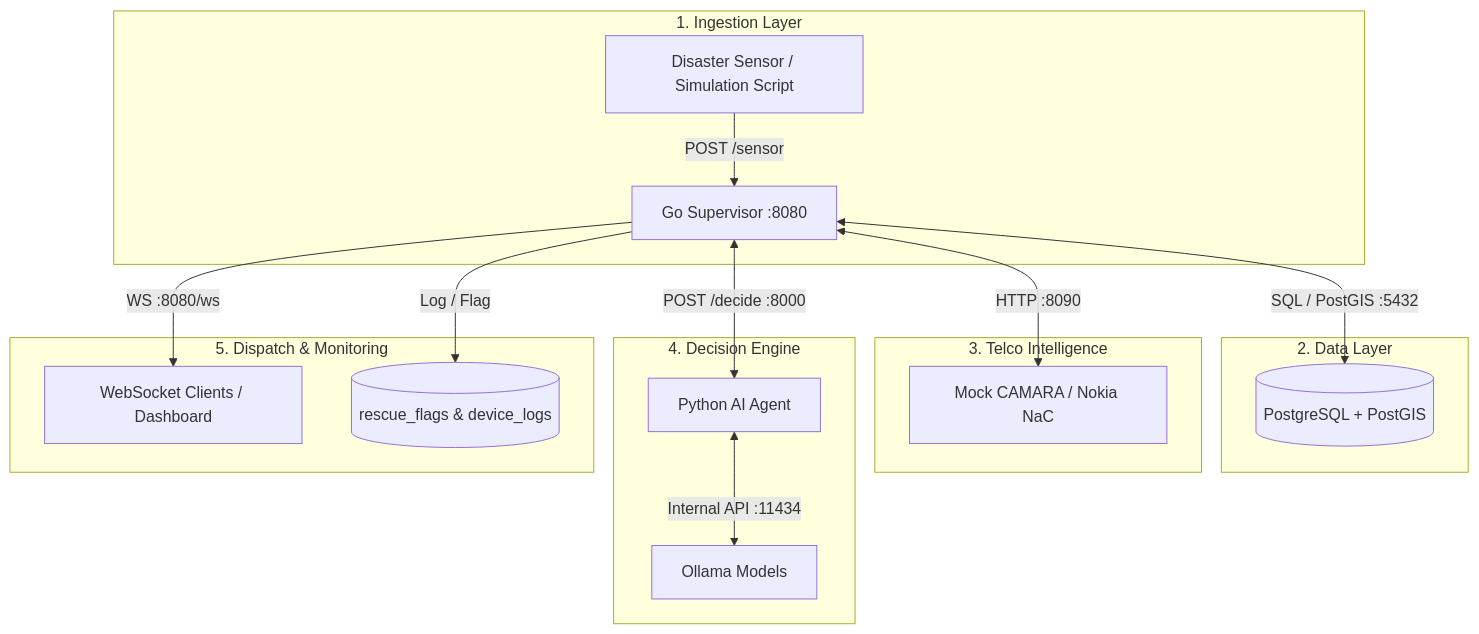
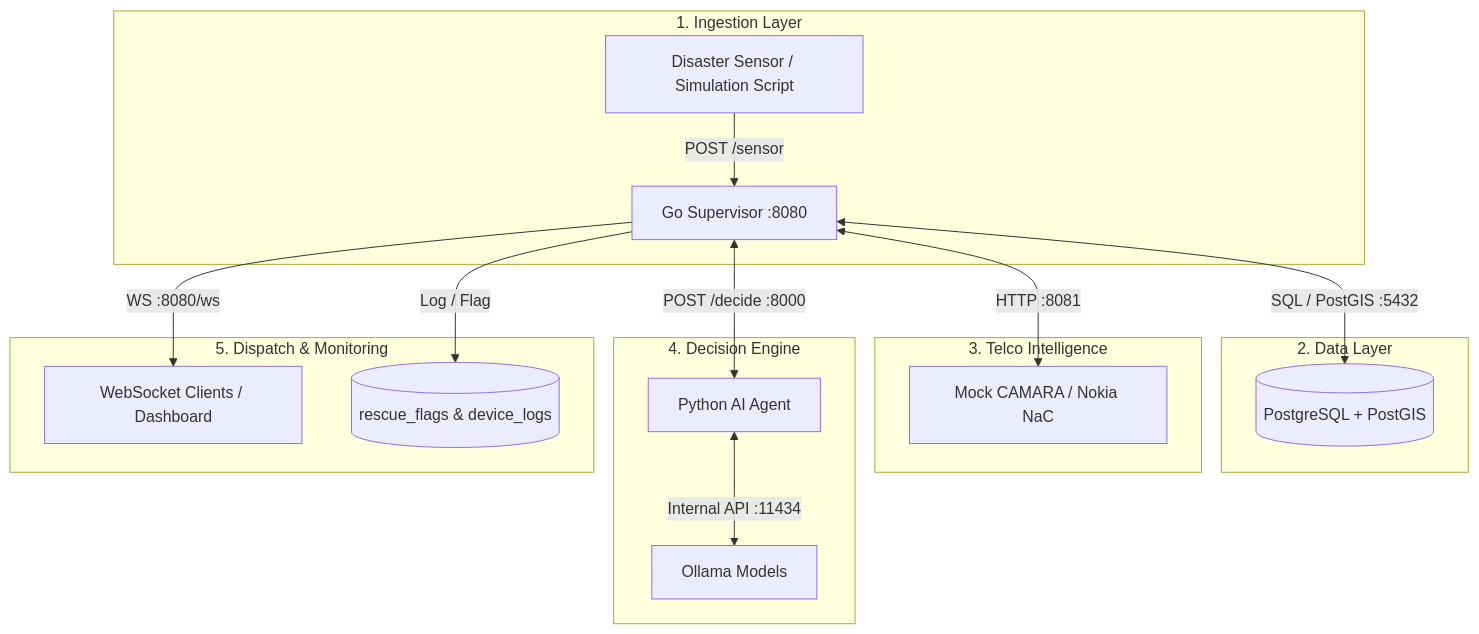
Before and after one commit to geoDispatch/deploy: the diagram in TESTING_PLAN.md, drawn with Mermaid. The commit also changed other lines of this file and 16 other files, not shown here.

````diff
--- a/TESTING_PLAN.md
+++ b/TESTING_PLAN.md
@@ -9,24 +9,24 @@
 ```mermaid
 flowchart TD
     subgraph Ingestion ["1. Ingestion Layer"]
         S[Disaster Sensor / Simulation Script] -->|POST /sensor| G[Go Supervisor :8080]
     end
 
     subgraph Data ["2. Data Layer"]
         G <-->|SQL / PostGIS :5432| DB[(PostgreSQL + PostGIS)]
     end
 
     subgraph Network ["3. Telco Intelligence"]
-        G <-->|HTTP :8090| MC[Mock CAMARA / Nokia NaC]
+        G <-->|HTTP :8081| MC[Mock CAMARA / Nokia NaC]
     end
 
     subgraph AI ["4. Decision Engine"]
         G <-->|POST /decide :8000| AA[Python AI Agent]
         AA <-->|Internal API :11434| OL[Ollama Models]
     end
 
     subgraph Output ["5. Dispatch & Monitoring"]
         G -->|WS :8080/ws| WS[WebSocket Clients / Dashboard]
         G -->|Log / Flag| RF[(rescue_flags & device_logs)]
     end
 ```
````
